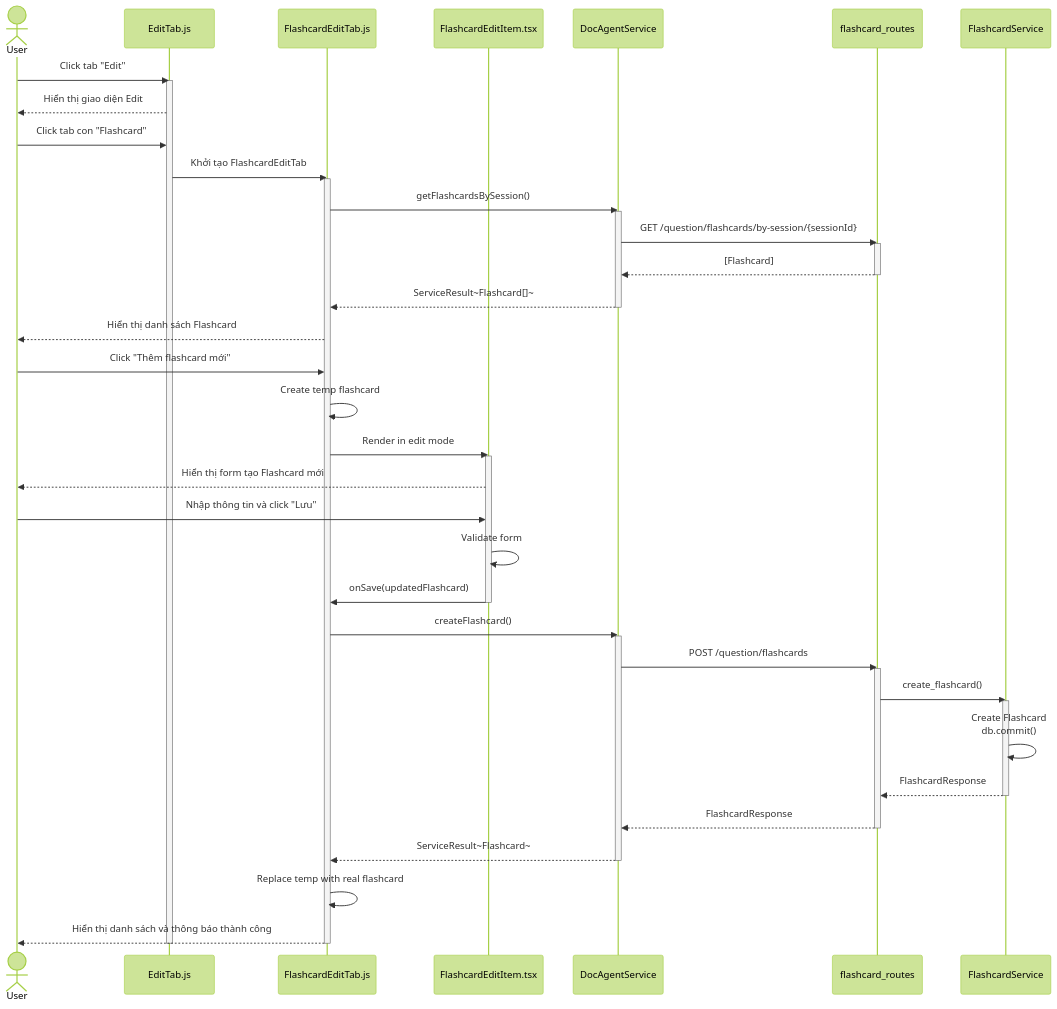
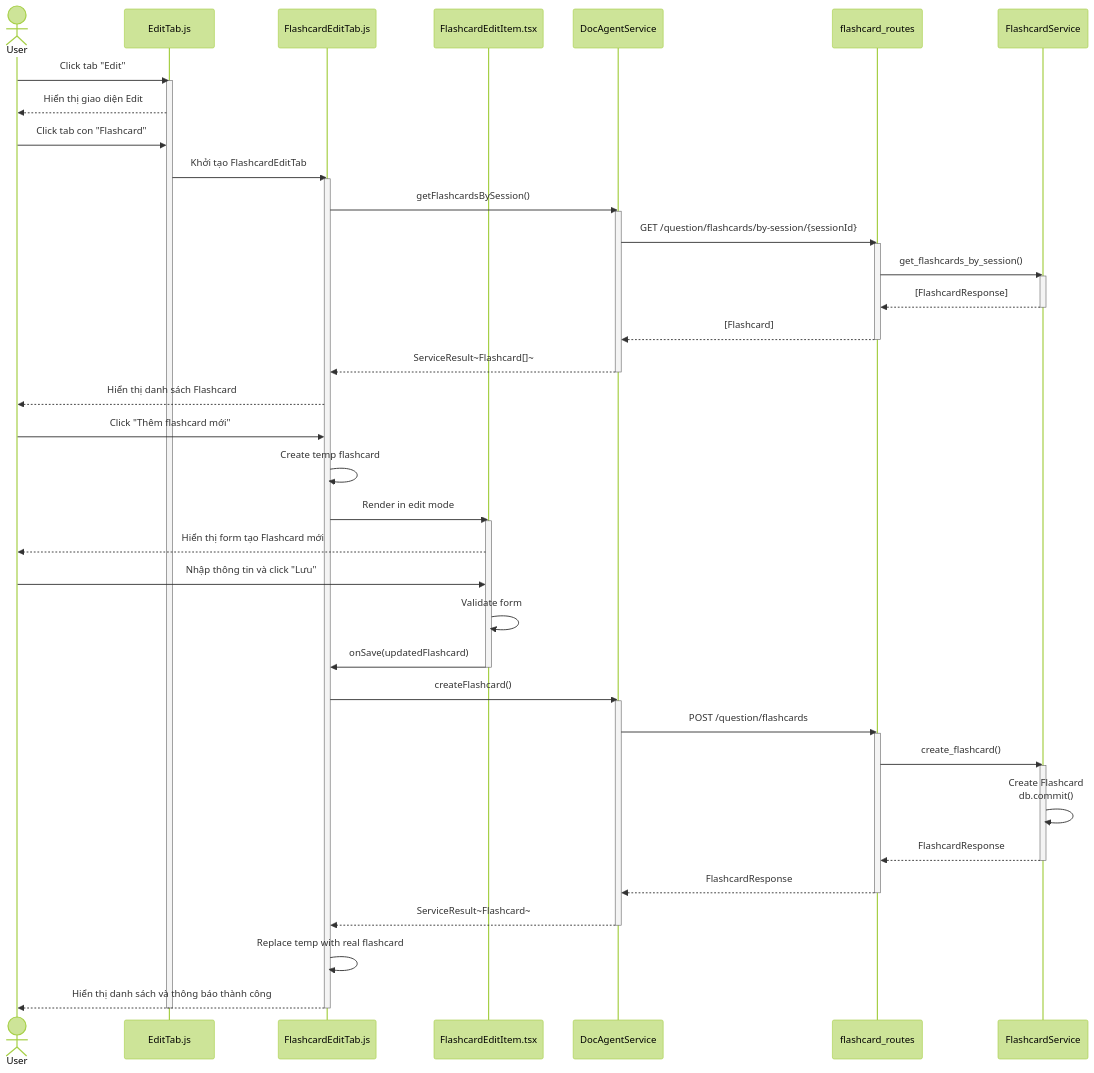
The fifth of 8 diagrams in question/4_question_management_seq.md (mduc-2610/gp_doc), drawn with Mermaid (forest theme) before and after one commit. The commit also changed other lines of this file and 12 other files, not shown here.

Commit message:
refactor scenario and sequence

````diff
--- a/question/4_question_management_seq.md
+++ b/question/4_question_management_seq.md
@@ -237,65 +269,69 @@
 ```mermaid
 sequenceDiagram
     actor User
     participant EditTab as EditTab.js
     participant FlashcardEditTab as FlashcardEditTab.js
     participant FlashcardEditItem as FlashcardEditItem.tsx
     participant DocAgentService as DocAgentService
     participant FlashcardRoutes as flashcard_routes
     participant FlashcardService as FlashcardService
 
     User->>EditTab: Click tab "Edit"
     activate EditTab
     EditTab-->>User: Hiển thị giao diện Edit
     
     User->>EditTab: Click tab con "Flashcard"
     EditTab->>FlashcardEditTab: Khởi tạo FlashcardEditTab
     activate FlashcardEditTab
     
     FlashcardEditTab->>DocAgentService: getFlashcardsBySession()
     activate DocAgentService
     DocAgentService->>FlashcardRoutes: GET /question/flashcards/by-session/{sessionId}
     activate FlashcardRoutes
+    FlashcardRoutes->>FlashcardService: get_flashcards_by_session()
+    activate FlashcardService
+    FlashcardService-->>FlashcardRoutes: [FlashcardResponse]
+    deactivate FlashcardService
     FlashcardRoutes-->>DocAgentService: [Flashcard]
     deactivate FlashcardRoutes
     DocAgentService-->>FlashcardEditTab: ServiceResult~Flashcard[]~
     deactivate DocAgentService
     
     FlashcardEditTab-->>User: Hiển thị danh sách Flashcard
     
     User->>FlashcardEditTab: Click "Thêm flashcard mới"
     FlashcardEditTab->>FlashcardEditTab: Create temp flashcard
     FlashcardEditTab->>FlashcardEditItem: Render in edit mode
     activate FlashcardEditItem
     FlashcardEditItem-->>User: Hiển thị form tạo Flashcard mới
     
     User->>FlashcardEditItem: Nhập thông tin và click "Lưu"
     FlashcardEditItem->>FlashcardEditItem: Validate form
     FlashcardEditItem->>FlashcardEditTab: onSave(updatedFlashcard)
     deactivate FlashcardEditItem
     
     FlashcardEditTab->>DocAgentService: createFlashcard()
     activate DocAgentService
     
     DocAgentService->>FlashcardRoutes: POST /question/flashcards
     activate FlashcardRoutes
     
     FlashcardRoutes->>FlashcardService: create_flashcard()
     activate FlashcardService
     
     FlashcardService->>FlashcardService: Create Flashcard<br/>db.commit()
     
     FlashcardService-->>FlashcardRoutes: FlashcardResponse
     deactivate FlashcardService
     
     FlashcardRoutes-->>DocAgentService: FlashcardResponse
     deactivate FlashcardRoutes
     
     DocAgentService-->>FlashcardEditTab: ServiceResult~Flashcard~
     deactivate DocAgentService
     
     FlashcardEditTab->>FlashcardEditTab: Replace temp with real flashcard
     FlashcardEditTab-->>User: Hiển thị danh sách và thông báo thành công
     deactivate FlashcardEditTab
     deactivate EditTab
 ```
````
